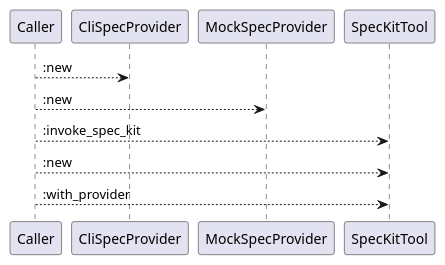
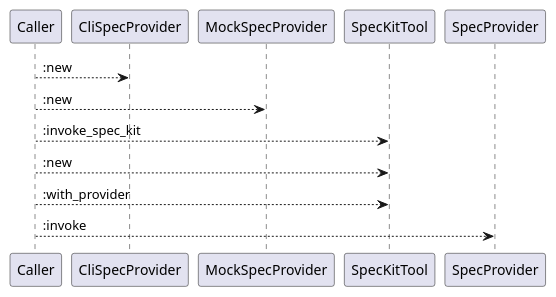
Before and after one commit to lgcorzo/rust_CACD_autonomous_factory: the fifth of 6 diagrams in openwiki/crates_factory_mcp_server_src_tools_spec_kit_tool.md, drawn with PlantUML. The commit also changed other lines of this file and 96 other files, not shown here.

````diff
--- a/openwiki/crates_factory_mcp_server_src_tools_spec_kit_tool.md
+++ b/openwiki/crates_factory_mcp_server_src_tools_spec_kit_tool.md
@@ -320,10 +350,11 @@
 ```plantuml
 @startuml
 Caller --> CliSpecProvider::new
 Caller --> MockSpecProvider::new
 Caller --> SpecKitTool::invoke_spec_kit
 Caller --> SpecKitTool::new
 Caller --> SpecKitTool::with_provider
+Caller --> SpecProvider::invoke
 @enduml
 
 ```
````
